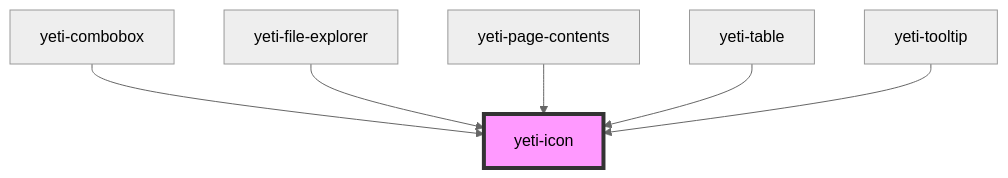
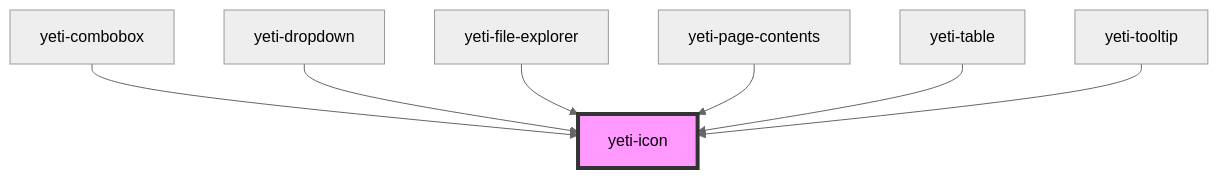
One commit to msoltvedt/yeti changed the diagram in src/components/yeti-icon/readme.md. Above: the diagram before and after it, drawn with Mermaid (neutral theme). The commit also changed other lines of this file and 58 other files, not shown here.

````diff
--- a/src/components/yeti-icon/readme.md
+++ b/src/components/yeti-icon/readme.md
@@ -31,9 +32,10 @@
 ```mermaid
 graph TD;
   yeti-combobox --> yeti-icon
+  yeti-dropdown --> yeti-icon
   yeti-file-explorer --> yeti-icon
   yeti-page-contents --> yeti-icon
   yeti-table --> yeti-icon
   yeti-tooltip --> yeti-icon
   style yeti-icon fill:#f9f,stroke:#333,stroke-width:4px
 ```
````
